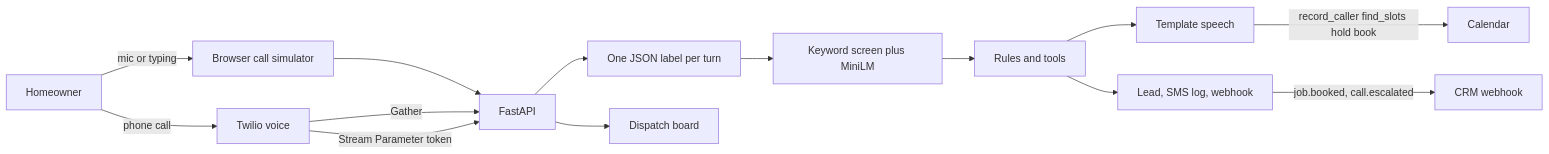
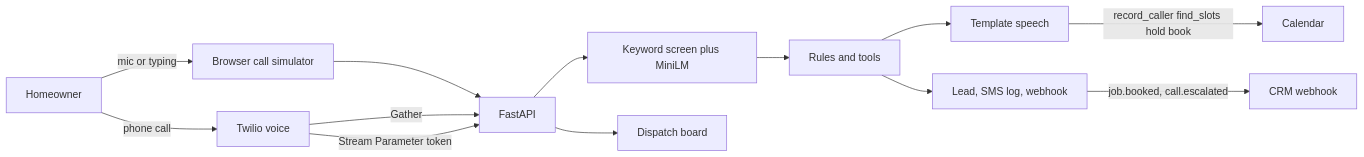
One commit to asadurrehmandev/ai-receptionist-home-services changed the diagram in README.md. Above: the diagram before and after it, drawn with Mermaid. The commit also changed other lines of this file and 15 other files, not shown here.

````diff
--- a/README.md
+++ b/README.md
@@ -32,28 +32,26 @@
 ```mermaid
 flowchart LR
   caller[Homeowner]
   sim[Browser call simulator]
   twilio[Twilio voice]
   api[FastAPI]
-  understand[One JSON label per turn]
   hazard[Keyword screen plus MiniLM]
   rules[Rules and tools]
   speech[Template speech]
   cal[Calendar]
   crm[Lead, SMS log, webhook]
   desk[Dispatch board]
 
   caller -->|mic or typing| sim
   caller -->|phone call| twilio
   sim --> api
   twilio -->|Gather| api
   twilio -->|Stream Parameter token| api
-  api --> understand
-  understand --> hazard
+  api --> hazard
   hazard --> rules
   rules --> speech
   speech -->|record_caller find_slots hold book| cal
   rules --> crm
   crm -->|job.booked, call.escalated| hook[CRM webhook]
   api --> desk
 ```
````
